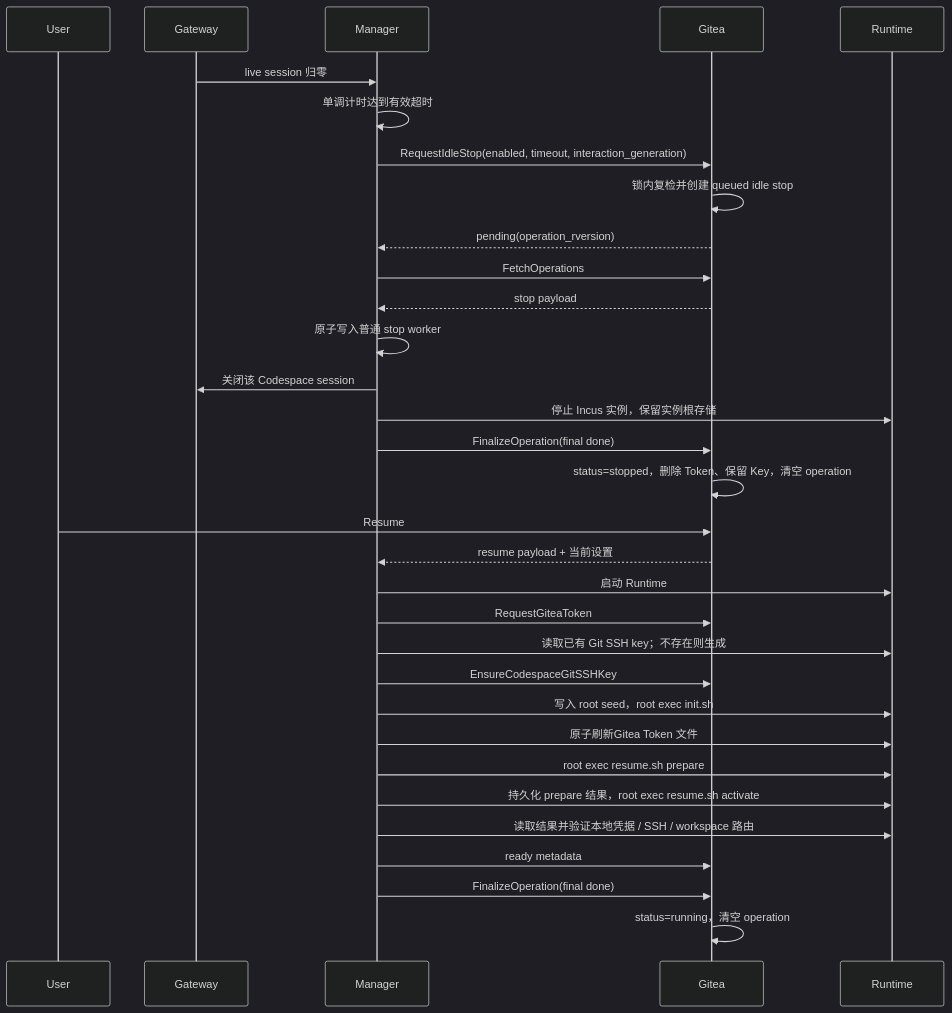
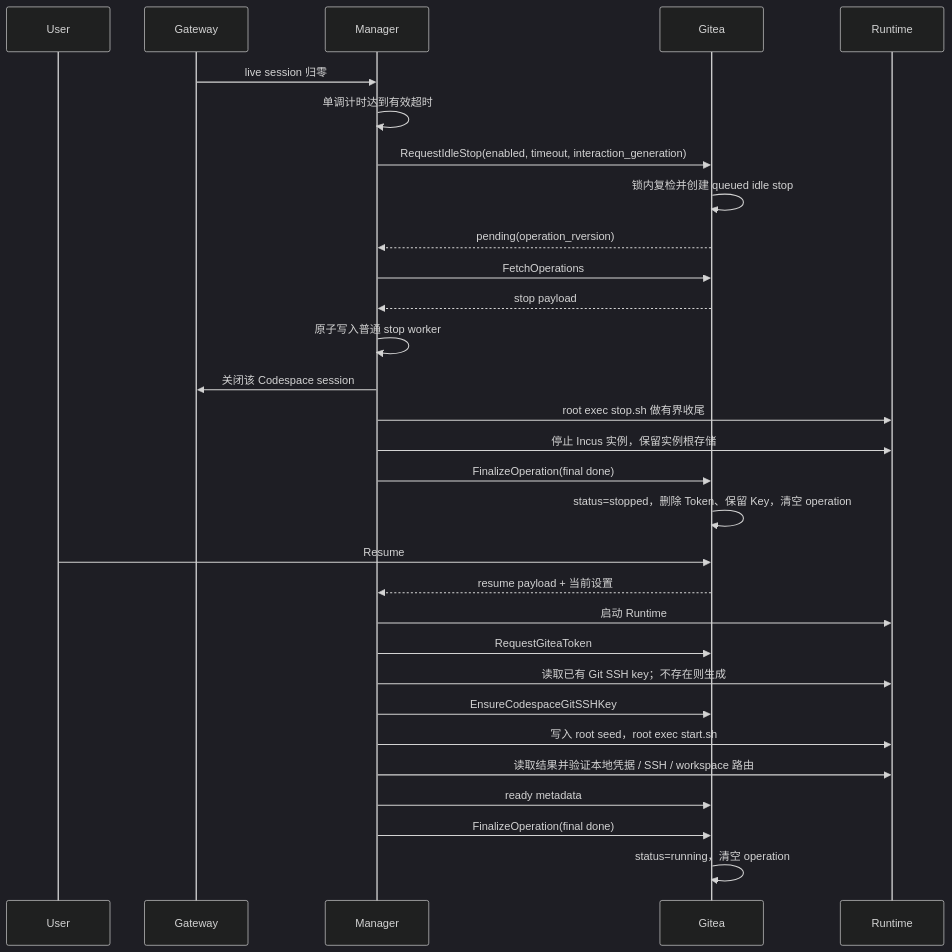
Before and after one commit to ExplodingDragon/gitea-dev: the third of 3 diagrams in src/lifecycle-flows.md, drawn with Mermaid (dark theme). The commit also changed other lines of this file and 9 other files, not shown here.

````diff
--- a/src/lifecycle-flows.md
+++ b/src/lifecycle-flows.md
@@ -327,35 +314,33 @@
 ```mermaid
 sequenceDiagram
     participant U as User
     participant W as Gateway
     participant M as Manager
     participant G as Gitea
     participant R as Runtime
 
     W->>M: live session 归零
     M->>M: 单调计时达到有效超时
     M->>G: RequestIdleStop(enabled, timeout, interaction_generation)
     G->>G: 锁内复检并创建 queued idle stop
     G-->>M: pending(operation_rversion)
     M->>G: FetchOperations
     G-->>M: stop payload
     M->>M: 原子写入普通 stop worker
     M->>W: 关闭该 Codespace session
+    M->>R: root exec stop.sh 做有界收尾
     M->>R: 停止 Incus 实例，保留实例根存储
     M->>G: FinalizeOperation(final done)
     G->>G: status=stopped，删除 Token、保留 Key，清空 operation
     U->>G: Resume
     G-->>M: resume payload + 当前设置
     M->>R: 启动 Runtime
     M->>G: RequestGiteaToken
     M->>R: 读取已有 Git SSH key；不存在则生成
     M->>G: EnsureCodespaceGitSSHKey
-    M->>R: 写入 root seed，root exec init.sh
-    M->>R: 原子刷新Gitea Token 文件
-    M->>R: root exec resume.sh prepare
-    M->>R: 持久化 prepare 结果，root exec resume.sh activate
+    M->>R: 写入 root seed，root exec start.sh
     M->>R: 读取结果并验证本地凭据 / SSH / workspace 路由
     M->>G: ready metadata
     M->>G: FinalizeOperation(final done)
     G->>G: status=running，清空 operation
 ```
````
